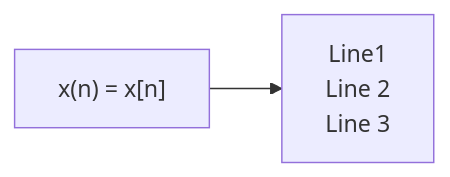
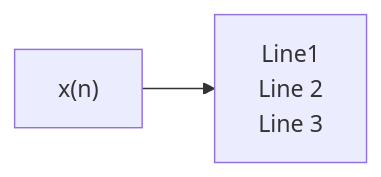
One commit to valiha-com/dasp_tutorial changed the second of 2 diagrams in README.md. Above: the diagram before and after it, drawn with Mermaid.

````diff
--- a/README.md
+++ b/README.md
@@ -67,9 +67,10 @@
 ```mermaid
 %%{init: {"flowchart": {"htmlLabels": false}} }%%
 flowchart LR
-    markdown["`  x(n) = x[n]  `"]
+    markdown["`  x(n)  `"]
     newLines["`Line1
     Line 2
     Line 3`"]
     markdown --> newLines
+    markdown["`  x(n)  `"]
 ```
````
